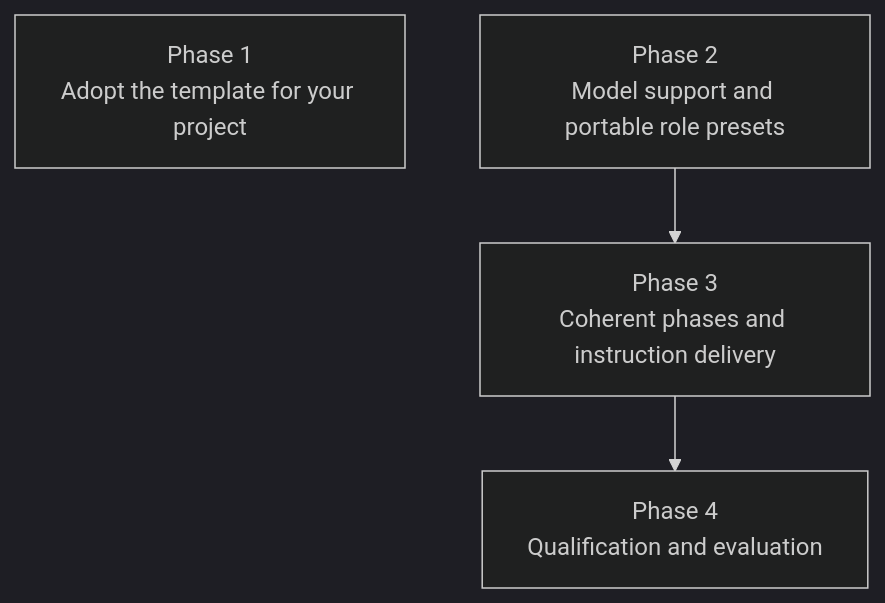
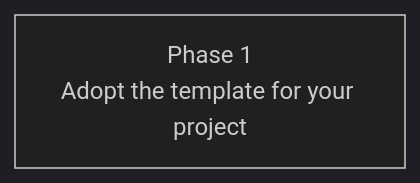
Before and after one commit to wolfmcnally/agentic-coding-starter: the diagram in plan/INDEX.md, drawn with Mermaid (dark theme). The commit also changed other lines of this file and 11 other files, not shown here.

````diff
--- a/plan/INDEX.md
+++ b/plan/INDEX.md
@@ -28,6 +28,4 @@
 ```mermaid
 graph TD
     P1[Phase 1<br/>Adopt the template for your project]
-    P2[Phase 2<br/>Model support and portable role presets] --> P3[Phase 3<br/>Coherent phases and instruction delivery]
-    P3 --> P4[Phase 4<br/>Qualification and evaluation]
 ```
````
